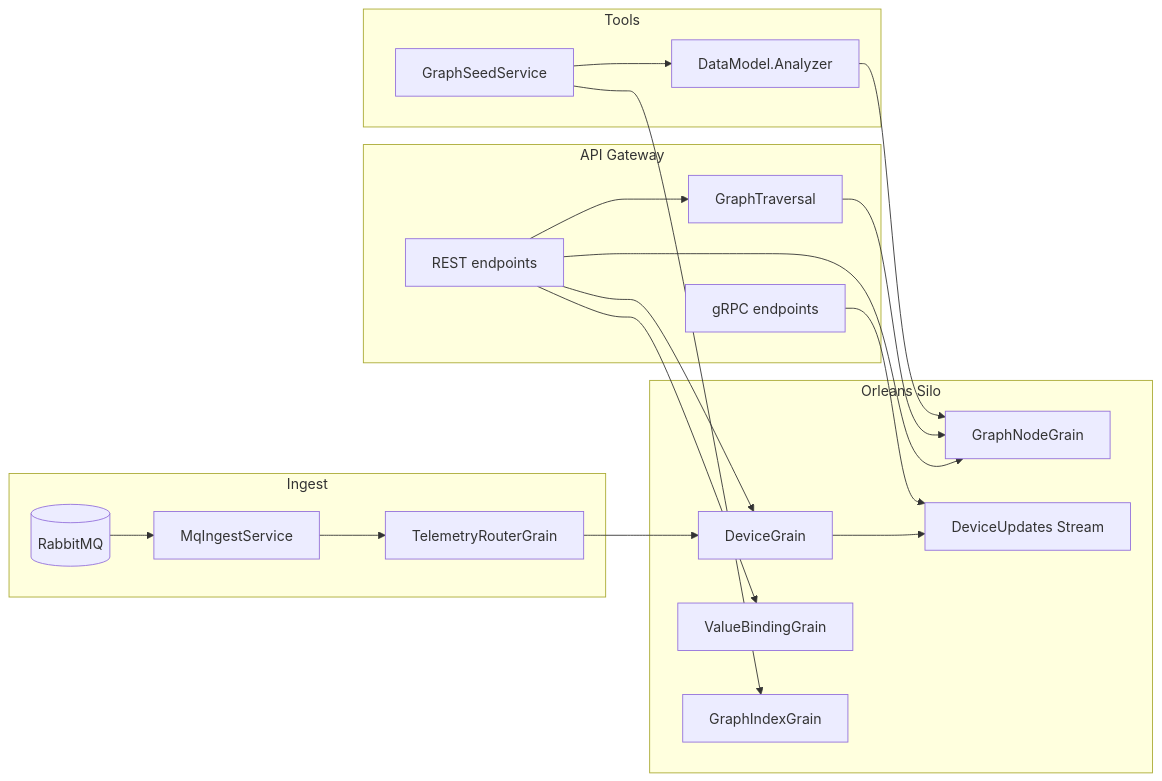
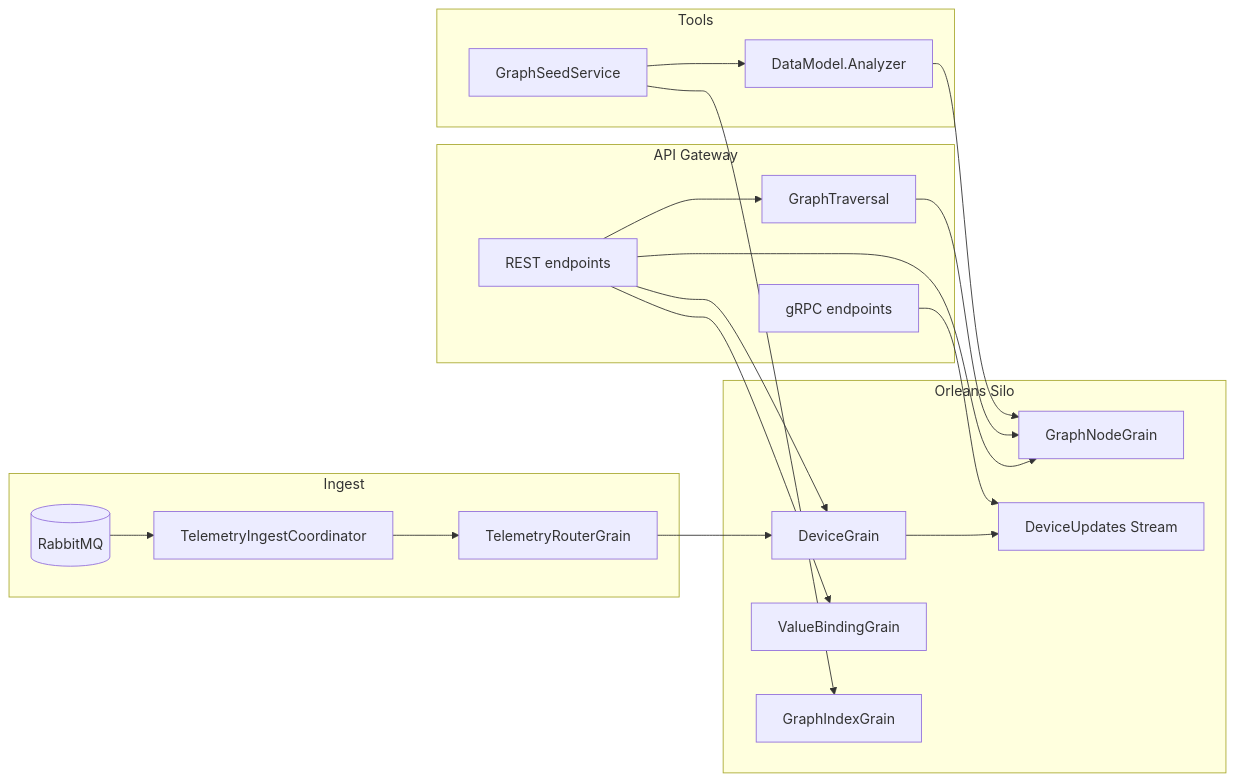
The third of 3 diagrams in README.md (takashikasuya/orleans-telemetry-sample), drawn with Mermaid before and after one commit. The commit also changed other lines of this file and 22 other files, not shown here.

First line of the commit message:
feat: refactor telemetry ingest to modular connector architecture

````diff
--- a/README.md
+++ b/README.md
@@ -244,34 +268,34 @@
 ```mermaid
 flowchart LR
     subgraph Ingest
         MQ[(RabbitMQ)]
-        IngestSvc[MqIngestService]
+        IngestSvc[TelemetryIngestCoordinator]
         RouterGrain[TelemetryRouterGrain]
     end
     subgraph Orleans["Orleans Silo"]
         DevGrain[DeviceGrain]
         NodeGrain[GraphNodeGrain]
         ValGrain[ValueBindingGrain]
         IndexGrain[GraphIndexGrain]
         Stream[DeviceUpdates Stream]
     end
     subgraph API["API Gateway"]
         RestApi[REST endpoints]
         GrpcApi[gRPC endpoints]
         Traversal[GraphTraversal]
     end
     subgraph Tools
         SeedSvc[GraphSeedService]
         Analyzer[DataModel.Analyzer]
     end
 
     MQ --> IngestSvc --> RouterGrain --> DevGrain --> Stream
     RestApi --> DevGrain
     RestApi --> NodeGrain
     RestApi --> ValGrain
     RestApi --> Traversal
     Traversal --> NodeGrain
     GrpcApi --> Stream
     SeedSvc --> Analyzer --> NodeGrain
     SeedSvc --> IndexGrain
 ```
````
